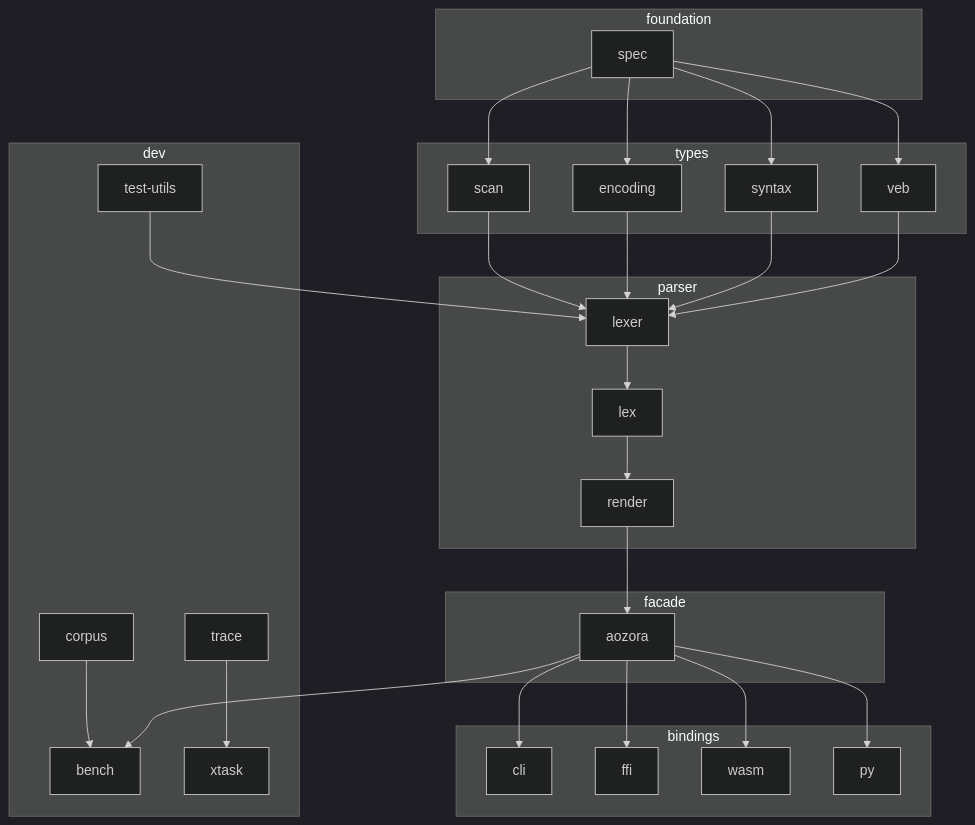
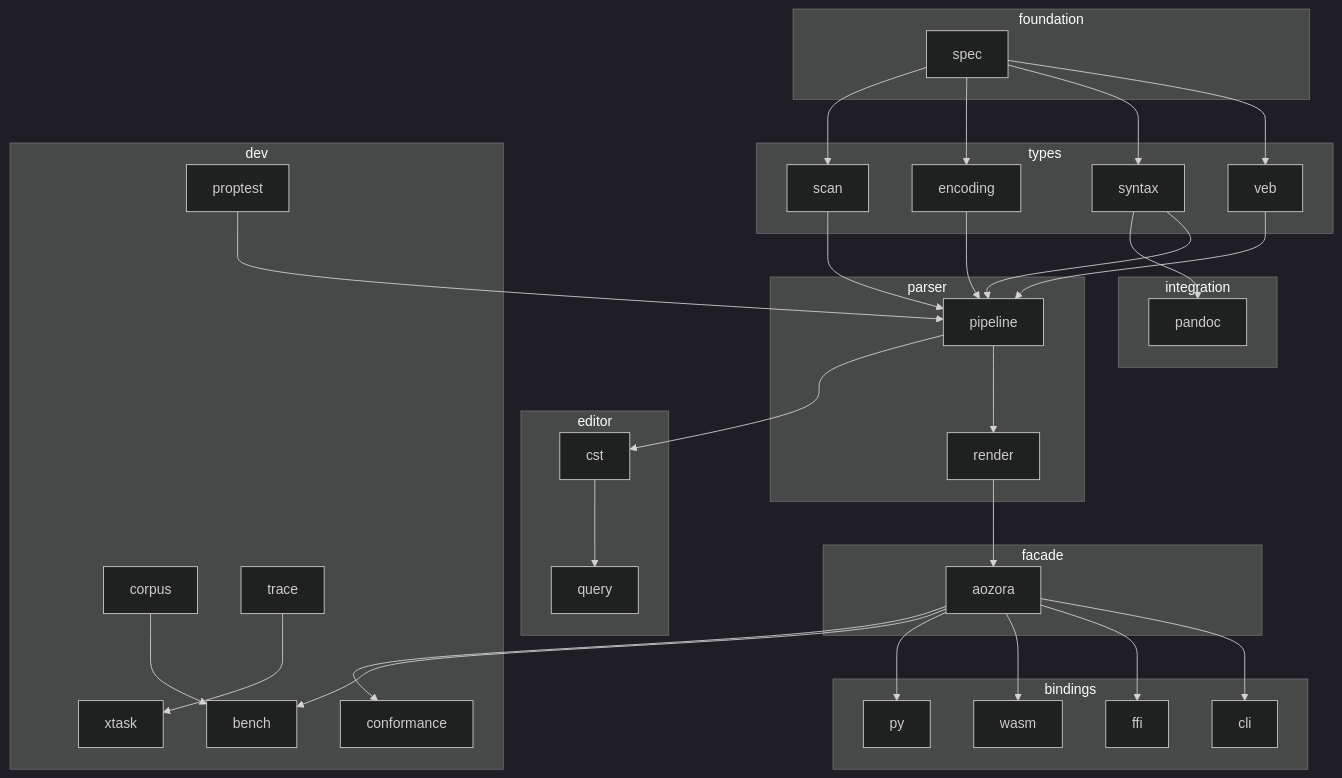
The diagram in crates/aozora-book/src/arch/crates.md (P4suta/aozora), drawn with Mermaid (dark theme) before and after one commit. The commit also changed other lines of this file and 116 other files, not shown here.

First line of the commit message:
test(quality): pr6a — docs drift cleanup + rustdoc deny + Phase D recipe + conformance 6-axis gate (#30)

````diff
--- a/crates/aozora-book/src/arch/crates.md
+++ b/crates/aozora-book/src/arch/crates.md
@@ -11,53 +11,63 @@
 ```mermaid
 flowchart TD
     subgraph foundation
       spec
     end
     subgraph types
       veb
       syntax
       encoding
       scan
     end
     subgraph parser
-      lexer
-      lex
+      pipeline
       render
+    end
+    subgraph editor
+      cst
+      query
+    end
+    subgraph integration
+      pandoc
     end
     subgraph facade
       aozora_facade["aozora"]
     end
     subgraph bindings
       cli
       ffi
       wasm
       py
     end
     subgraph dev
       bench
+      conformance
       corpus
-      test_utils["test-utils"]
+      proptest
       trace
       xtask
     end
 
     spec --> veb
     spec --> syntax
     spec --> encoding
     spec --> scan
-    veb --> lexer
-    syntax --> lexer
-    encoding --> lexer
-    scan --> lexer
-    lexer --> lex
-    lex --> render
+    veb --> pipeline
+    syntax --> pipeline
+    encoding --> pipeline
+    scan --> pipeline
+    pipeline --> render
     render --> aozora_facade
     aozora_facade --> cli
     aozora_facade --> ffi
     aozora_facade --> wasm
     aozora_facade --> py
     aozora_facade --> bench
+    pipeline --> cst
+    cst --> query
+    syntax --> pandoc
+    aozora_facade --> conformance
     corpus --> bench
-    test_utils --> lexer
+    proptest --> pipeline
     trace --> xtask
 ```
````
